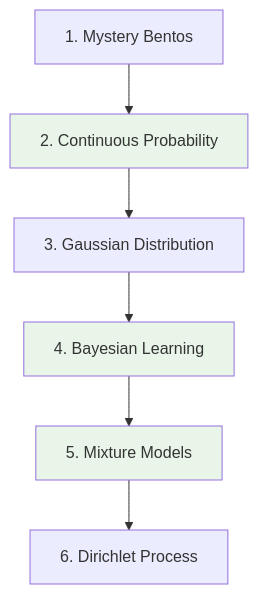
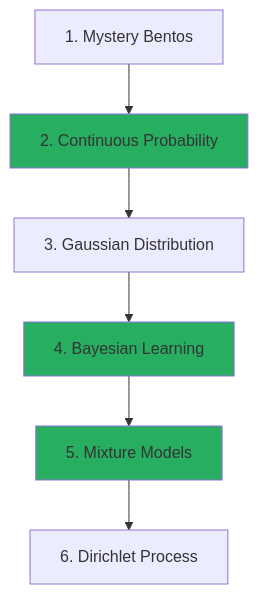
The diagram in content/intro2/_index.md (josephausterweil/probintro), drawn with Mermaid before and after one commit. The commit also changed 32 other files, not shown here.

First line of the commit message:
fix: improve learning path diagram colors for better legibility

````diff
--- a/content/intro2/_index.md
+++ b/content/intro2/_index.md
@@ -32,14 +32,14 @@
 ```mermaid
 graph TB
     A[1. Mystery Bentos] --> B[2. Continuous Probability]
     B --> C[3. Gaussian Distribution]
     C --> D[4. Bayesian Learning]
     D --> E[5. Mixture Models]
     E --> F[6. Dirichlet Process]
 
-    style B fill:#e8f5e8
-    style D fill:#e8f5e8
-    style E fill:#e8f5e8
+    style B fill:#27ae60
+    style D fill:#27ae60
+    style E fill:#27ae60
 
-    classDef foundational fill:#e8f5e8,stroke:#333,stroke-width:2px
+    classDef foundational fill:#27ae60,stroke:#333,stroke-width:2px,color:#fff
 ```
````
